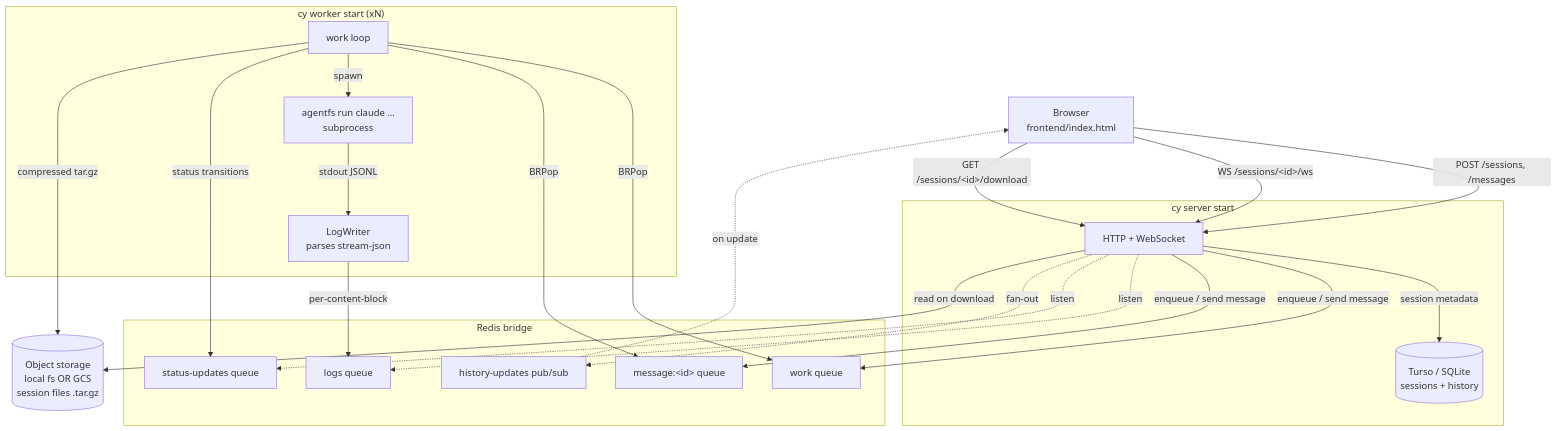
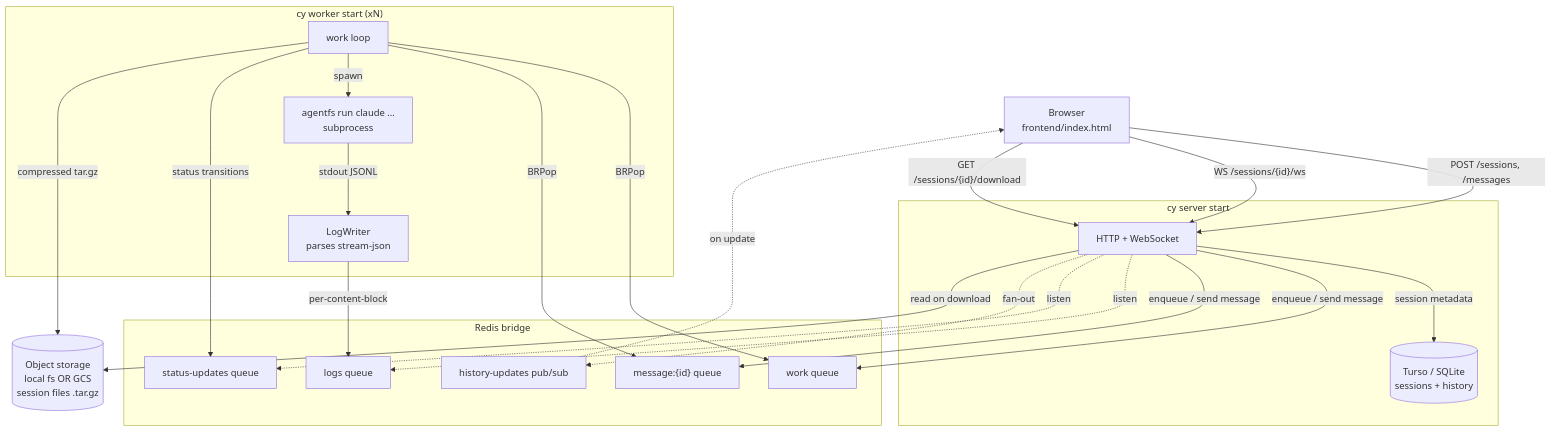
One commit to pyljain/chrysalis changed the first of 5 diagrams in README.md. Above: the diagram before and after it, drawn with Mermaid. The commit also changed other lines of this file, not shown here.

````diff
--- a/README.md
+++ b/README.md
@@ -53,47 +53,47 @@
 ```mermaid
 graph TB
     Browser[Browser<br/>frontend/index.html]
 
     subgraph Server["cy server start"]
       HTTP[HTTP + WebSocket]
       DB[(Turso / SQLite<br/>sessions + history)]
     end
 
     subgraph Bridge[Redis bridge]
       Q1[work queue]
-      Q2[message:&lt;id&gt; queue]
+      Q2["message:{id} queue"]
       Q3[logs queue]
       Q4[status-updates queue]
       Q5[history-updates pub/sub]
     end
 
     subgraph Worker["cy worker start (xN)"]
       W[work loop]
       AGENT[agentfs run claude …<br/>subprocess]
       LW[LogWriter<br/>parses stream-json]
     end
 
     Storage[(Object storage<br/>local fs OR GCS<br/>session files .tar.gz)]
 
     Browser -- POST /sessions, /messages --> HTTP
-    Browser -- WS /sessions/&lt;id&gt;/ws --> HTTP
-    Browser -- GET /sessions/&lt;id&gt;/download --> HTTP
+    Browser -- "WS /sessions/{id}/ws" --> HTTP
+    Browser -- "GET /sessions/{id}/download" --> HTTP
 
     HTTP -- session metadata --> DB
     HTTP -- enqueue / send message --> Q1
     HTTP -- enqueue / send message --> Q2
     HTTP -. listen .-> Q3
     HTTP -. listen .-> Q4
     HTTP -. fan-out .-> Q5
 
     W -- BRPop --> Q1
     W -- BRPop --> Q2
     W -- spawn --> AGENT
     AGENT -- stdout JSONL --> LW
     LW -- per-content-block --> Q3
     W -- status transitions --> Q4
     W -- compressed tar.gz --> Storage
     HTTP -- read on download --> Storage
 
     Q5 -. on update .-> Browser
 ```
````
